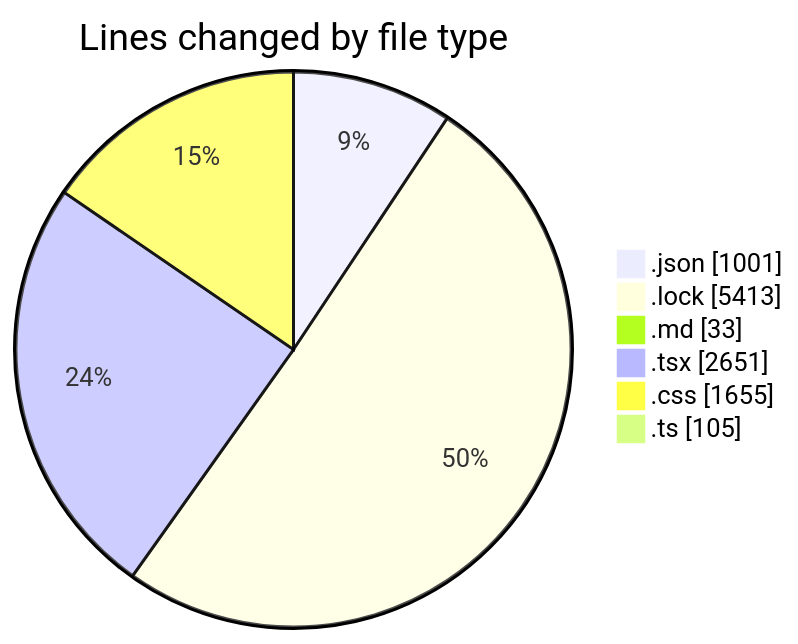
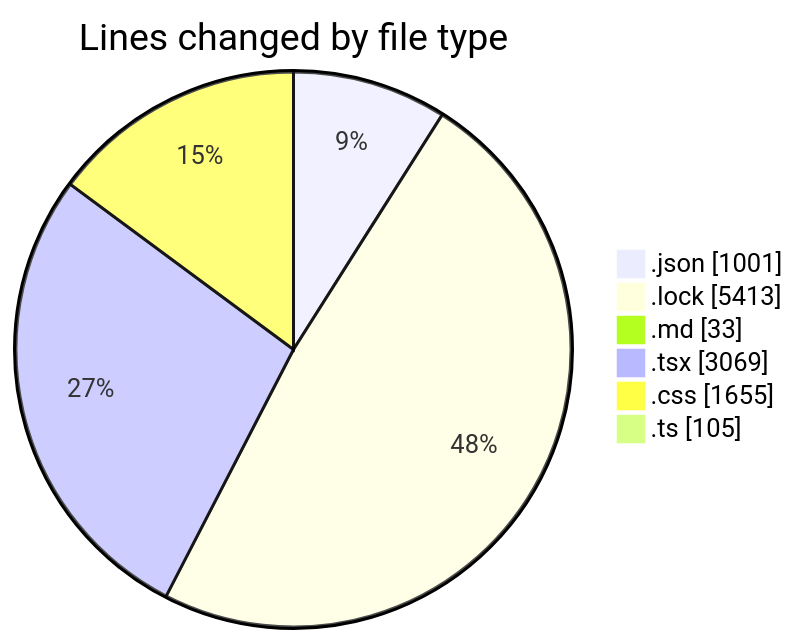
Before and after one commit to EIIisD/code-tracking: the first of 2 diagrams in 2025-08-11/ribbon/README.md, drawn with Mermaid. The commit also changed other lines of this file and 1 other file, not shown here.

````diff
--- a/2025-08-11/ribbon/README.md
+++ b/2025-08-11/ribbon/README.md
@@ -44,10 +44,10 @@
 ```mermaid
 pie showData
 title Lines changed by file type
 ".json" : 1001
 ".lock" : 5413
 ".md" : 33
-".tsx" : 2651
+".tsx" : 3069
 ".css" : 1655
 ".ts" : 105
 ```
````
